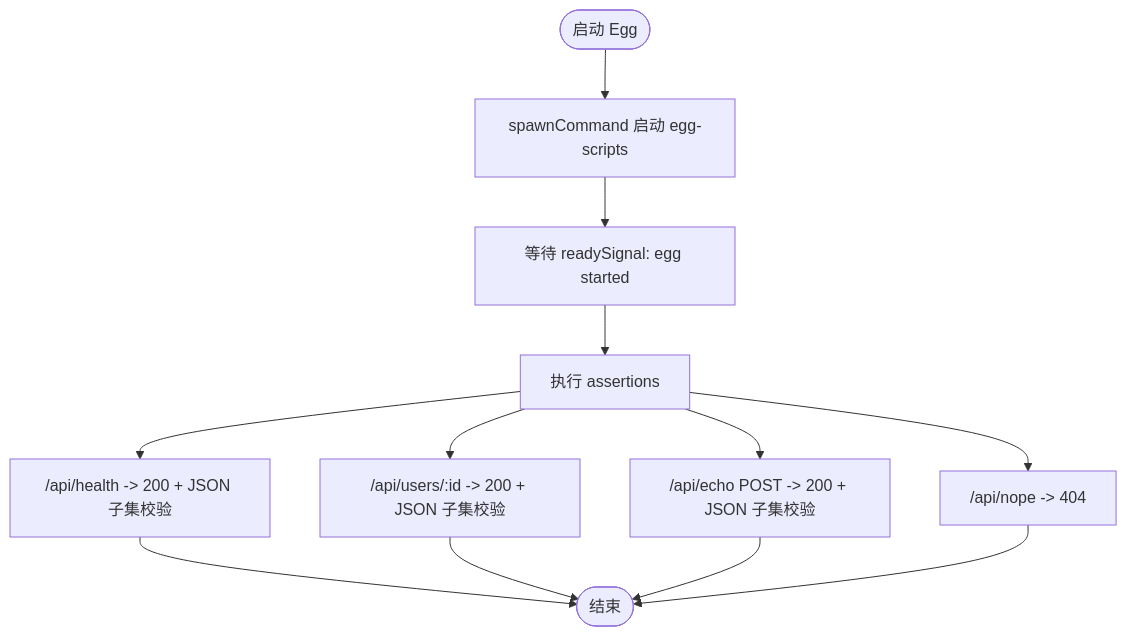
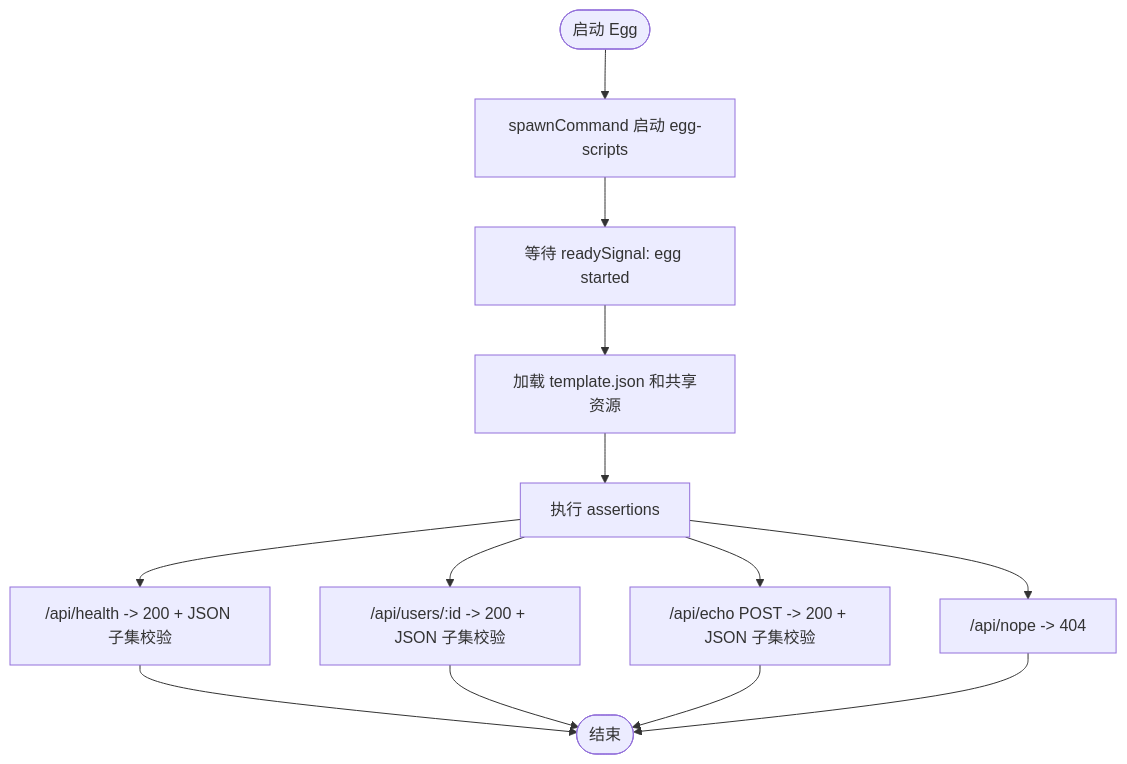
The third of 8 diagrams in .qoder/repowiki/zh/content/后端框架测试/后端框架测试套件.md (esa-sp/test-for-aone-ci), drawn with Mermaid before and after one commit. The commit also changed other lines of this file and 58 other files, not shown here.

````diff
--- a/.qoder/repowiki/zh/content/后端框架测试/后端框架测试套件.md
+++ b/.qoder/repowiki/zh/content/后端框架测试/后端框架测试套件.md
@@ -145,14 +211,15 @@
 ```mermaid
 flowchart TD
 Start(["启动 Egg"]) --> Spawn["spawnCommand 启动 egg-scripts"]
 Spawn --> WaitReady["等待 readySignal: egg started"]
-WaitReady --> Assert["执行 assertions"]
+WaitReady --> LoadTemplate["加载 template.json 和共享资源"]
+LoadTemplate --> Assert["执行 assertions"]
 Assert --> Health["/api/health -> 200 + JSON 子集校验"]
 Assert --> Users["/api/users/:id -> 200 + JSON 子集校验"]
 Assert --> Echo["/api/echo POST -> 200 + JSON 子集校验"]
 Assert --> NotFound["/api/nope -> 404"]
 Health --> End(["结束"])
 Users --> End
 Echo --> End
 NotFound --> End
 ```
````
